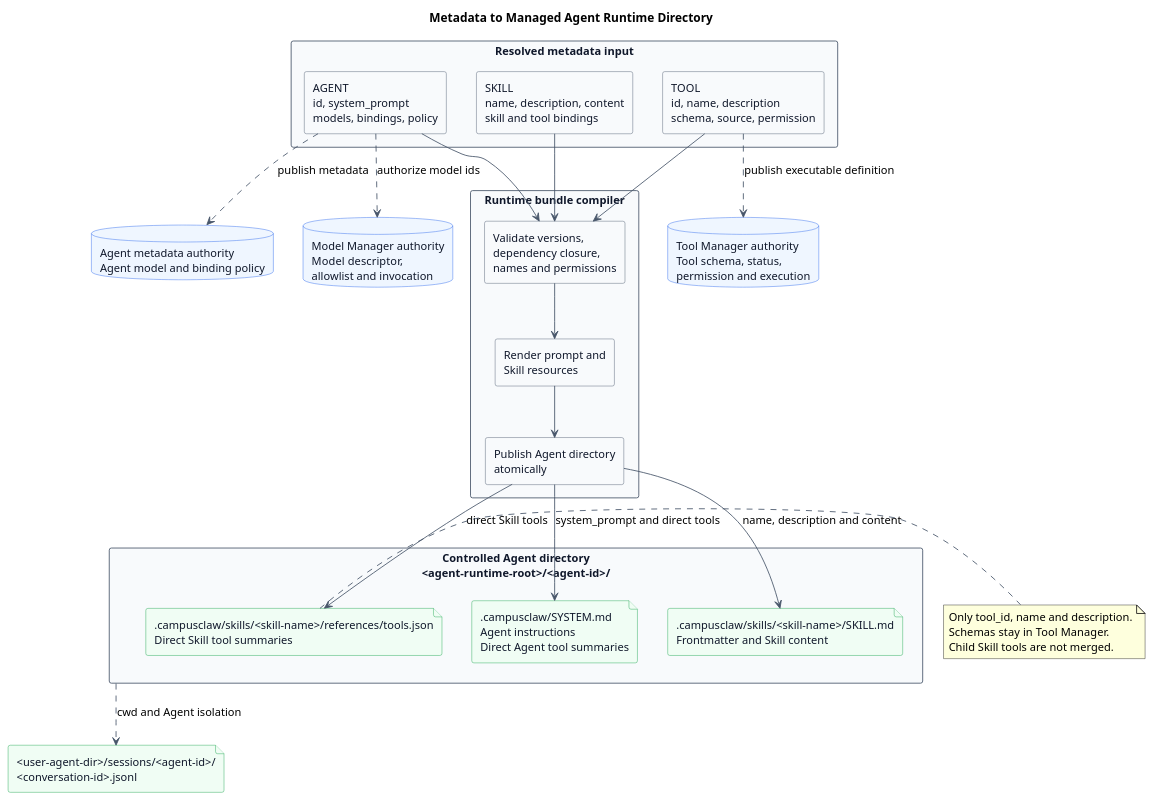
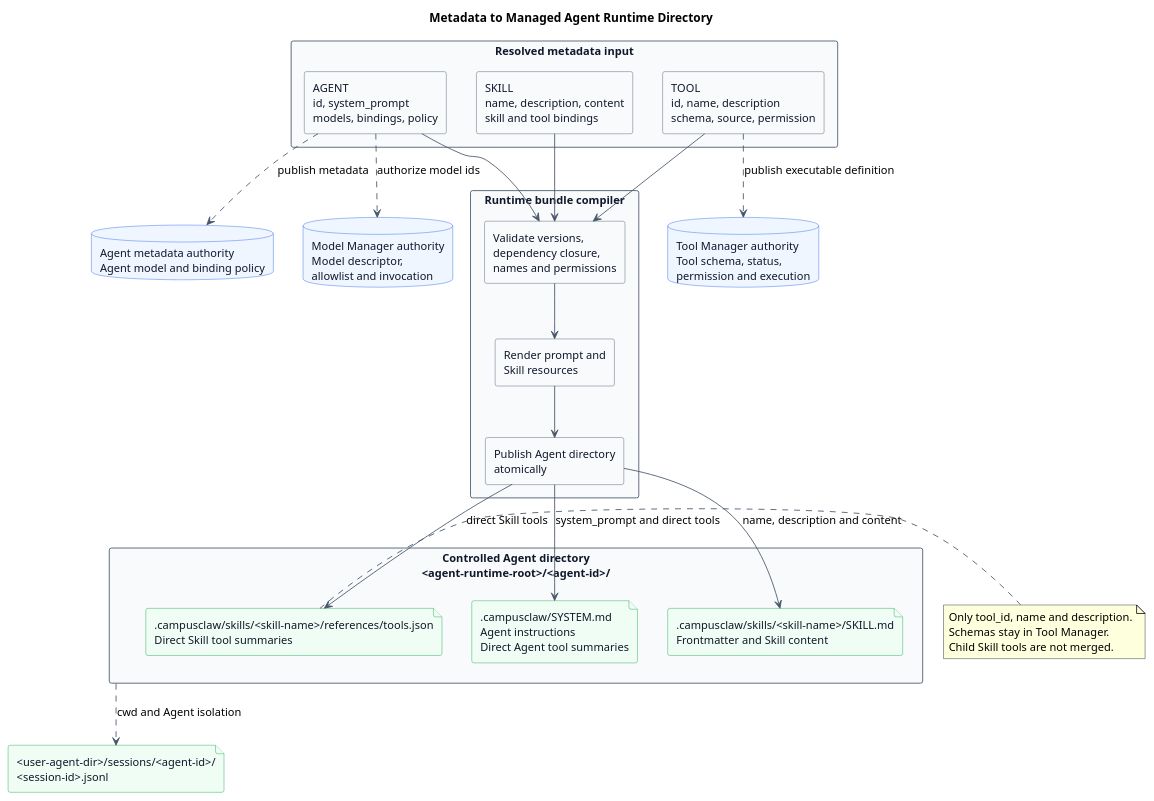
Before and after one commit to superheromeZzh/pi-mono-java-design: the first of 6 diagrams in pi-mono-java-manager-driven-multi-agent-runtime/diagram.puml, drawn with PlantUML. The commit also changed other lines of this file and 14 other files, not shown here.

Commit message:
docs(agent): clarify runtime session identity

```diff
--- a/pi-mono-java-manager-driven-multi-agent-runtime/diagram.puml
+++ b/pi-mono-java-manager-driven-multi-agent-runtime/diagram.puml
@@ -1,75 +1,75 @@
 @startuml metadata_runtime_directory_mapping
 title Metadata to Managed Agent Runtime Directory
 
 ' Source evidence:
 ' pi-mono packages/coding-agent/src/core/skills.ts: Skill, loadSkillFromFile, formatSkillsForPrompt
 ' pi-mono-java modules/coding-agent-cli/src/main/java/com/campusclaw/codingagent/context/ContextFileLoader.java: loadSystemPrompt
 ' pi-mono-java modules/coding-agent-cli/src/main/java/com/campusclaw/codingagent/session/AgentSession.java: loadSkills
 ' Observed behavior: pi and pi-mono-java discover Skill metadata from SKILL.md frontmatter.
 ' Java divergence: the target compiler materializes only one controlled Agent directory.
 ' Design reason: keep Agent-specific disclosure local while Managers remain runtime authorities.
 
 skinparam backgroundColor #FFFFFF
 skinparam shadowing false
 skinparam defaultFontName Arial
 skinparam defaultFontSize 13
 skinparam rectangle {
   BackgroundColor #F8FAFC
   BorderColor #475569
   FontColor #0F172A
 }
 skinparam database {
   BackgroundColor #EFF6FF
   BorderColor #2563EB
   FontColor #0F172A
 }
 skinparam file {
   BackgroundColor #F0FDF4
   BorderColor #16A34A
   FontColor #0F172A
 }
 skinparam ArrowColor #475569
 
 rectangle "Resolved metadata input" as Input {
   rectangle "AGENT\nid, system_prompt\nmodels, bindings, policy" as AgentMetadata
   rectangle "SKILL\nname, description, content\nskill and tool bindings" as SkillMetadata
   rectangle "TOOL\nid, name, description\nschema, source, permission" as ToolMetadata
 }
 
 rectangle "Runtime bundle compiler" as Compiler {
   rectangle "Validate versions,\ndependency closure,\nnames and permissions" as Validate
   rectangle "Render prompt and\nSkill resources" as Render
   rectangle "Publish Agent directory\natomically" as Publish
 }
 
 rectangle "Controlled Agent directory\n<agent-runtime-root>/<agent-id>/" as AgentDirectory {
   file ".campusclaw/SYSTEM.md\nAgent instructions\nDirect Agent tool summaries" as SystemFile
   file ".campusclaw/skills/<skill-name>/SKILL.md\nFrontmatter and Skill content" as SkillFile
   file ".campusclaw/skills/<skill-name>/references/tools.json\nDirect Skill tool summaries" as SkillToolsFile
 }
 
 database "Agent metadata authority\nAgent model and binding policy" as AgentAuthority
 database "Tool Manager authority\nTool schema, status,\npermission and execution" as ToolManager
 database "Model Manager authority\nModel descriptor,\nallowlist and invocation" as ModelManager
-file "<user-agent-dir>/sessions/<agent-id>/\n<conversation-id>.jsonl" as SessionFile
+file "<user-agent-dir>/sessions/<agent-id>/\n<session-id>.jsonl" as SessionFile
 
 AgentMetadata --> Validate
 SkillMetadata --> Validate
 ToolMetadata --> Validate
 Validate --> Render
 Render --> Publish
 Publish --> SystemFile : system_prompt and direct tools
 Publish --> SkillFile : name, description and content
 Publish --> SkillToolsFile : direct Skill tools
 
 AgentMetadata ..> AgentAuthority : publish metadata
 ToolMetadata ..> ToolManager : publish executable definition
 AgentMetadata ..> ModelManager : authorize model ids
 AgentDirectory ..> SessionFile : cwd and Agent isolation
 
 note right of SkillToolsFile
 Only tool_id, name and description.
 Schemas stay in Tool Manager.
 Child Skill tools are not merged.
 end note
 @enduml
```
